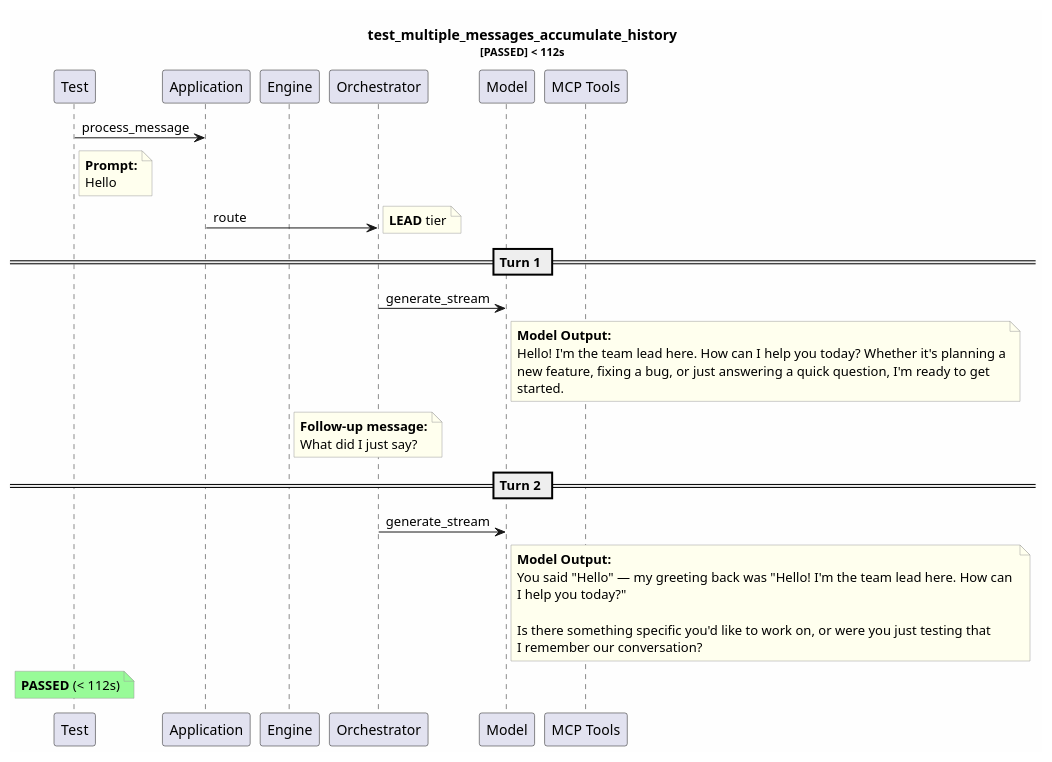
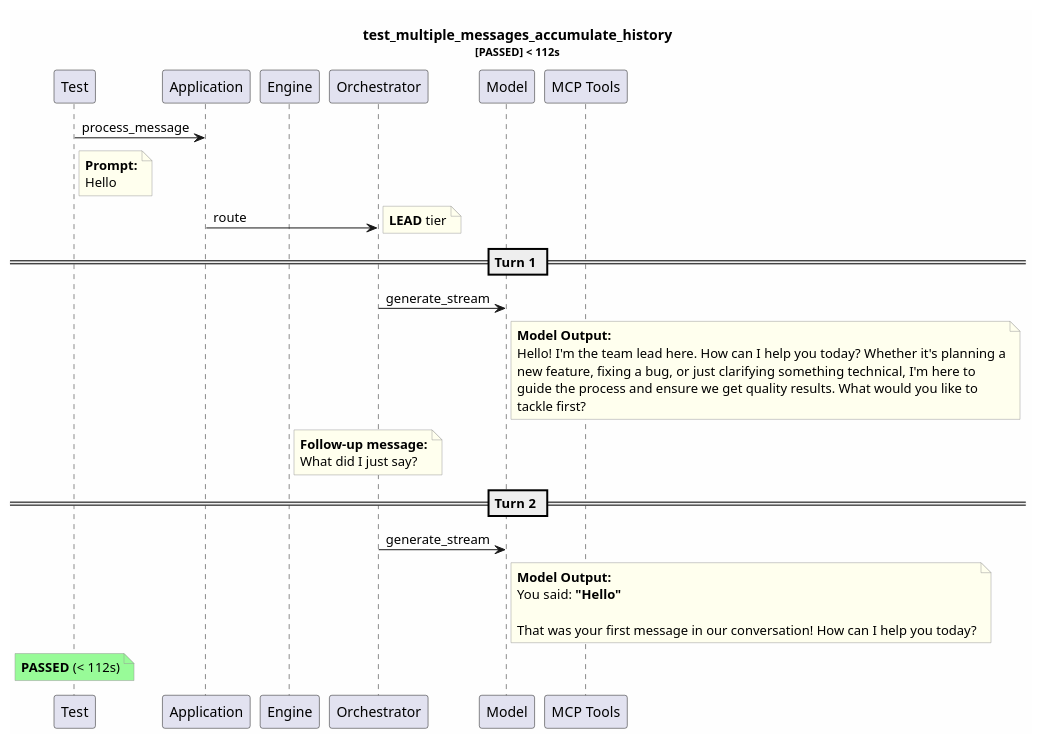
One commit to tvanfossen/entropic changed the diagram in test-reports/logs/test_multiple_messages_accumulate_history/test_multiple_messages_accumulate_history.puml. Above: the diagram before and after it, drawn with PlantUML. The commit also changed 11 other files, not shown here.

```diff
--- a/test-reports/logs/test_multiple_messages_accumulate_history/test_multiple_messages_accumulate_history.puml
+++ b/test-reports/logs/test_multiple_messages_accumulate_history/test_multiple_messages_accumulate_history.puml
@@ -1,47 +1,46 @@
 @startuml
 skinparam backgroundColor #FEFEFE
 skinparam noteBorderColor #999999
 skinparam noteBackgroundColor #FFFFEE
 title test_multiple_messages_accumulate_history\n<size:11>[PASSED] < 112s</size>
 
 participant "Test" as T
 participant "Application" as App
 participant "Engine" as Eng
 participant "Orchestrator" as Orch
 participant "Model" as Mdl
 participant "MCP Tools" as MCP
 
 T -> App: process_message
 note right of T
   **Prompt:**
   Hello
 end note
 App -> Orch: route
 note right: **LEAD** tier
 == Turn 1 ==
 Orch -> Mdl: generate_stream
 note right of Mdl
   **Model Output:**
   Hello! I'm the team lead here. How can I help you today? Whether it's planning a
-  new feature, fixing a bug, or just answering a quick question, I'm ready to get 
-  started.
+  new feature, fixing a bug, or just clarifying something technical, I'm here to 
+  guide the process and ensure we get quality results. What would you like to 
+  tackle first?
 end note
 note right of Eng
   **Follow-up message:**
   What did I just say?
 end note
 == Turn 2 ==
 Orch -> Mdl: generate_stream
 note right of Mdl
   **Model Output:**
-  You said "Hello" — my greeting back was "Hello! I'm the team lead here. How can 
-  I help you today?" 
+  You said: **"Hello"**
   
-  Is there something specific you'd like to work on, or were you just testing that
-  I remember our conversation?
+  That was your first message in our conversation! How can I help you today?
 end note
 note over T #palegreen
   **PASSED** (< 112s)
 end note
 
 @enduml
```
